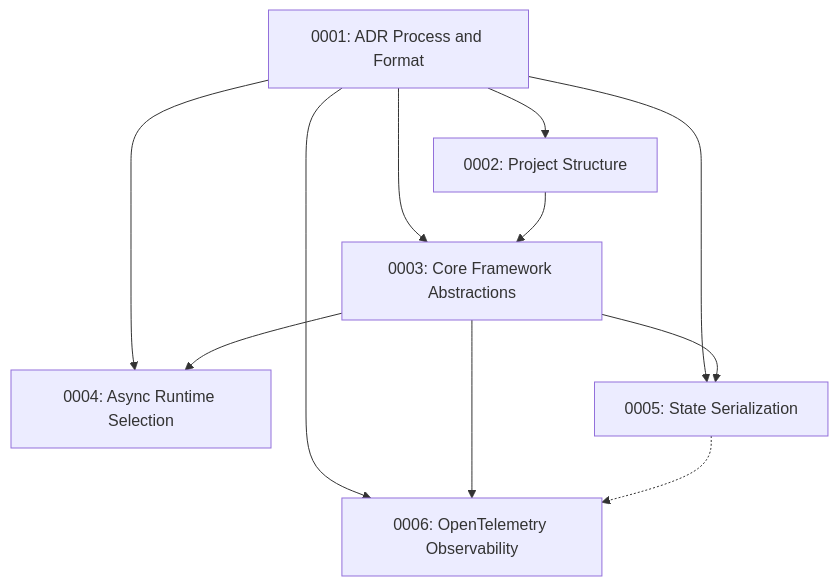
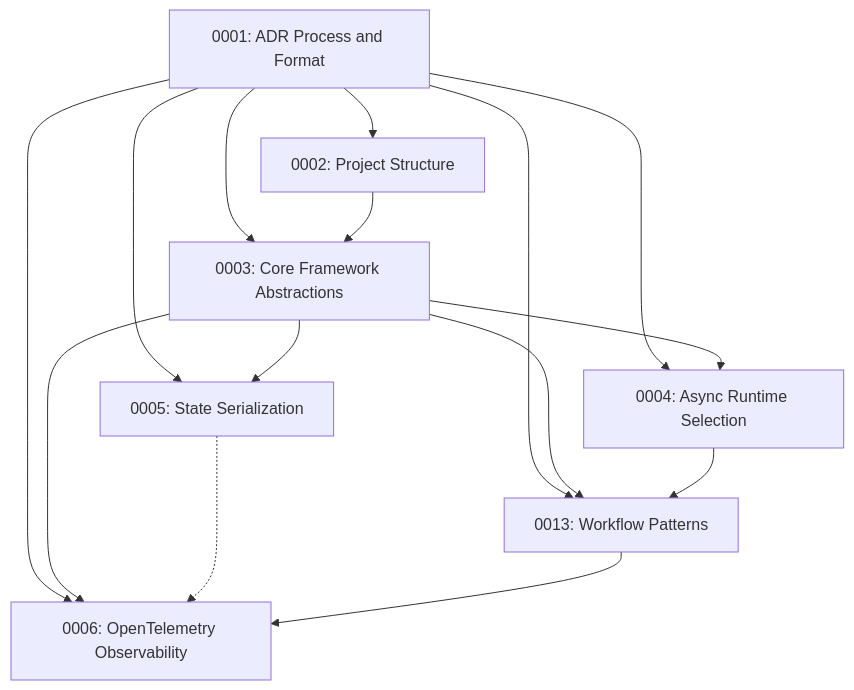
The diagram in docs/adrs/README.md (aitoroses/floxide), drawn with Mermaid before and after one commit. The commit also changed other lines of this file and 3 other files, not shown here.

First line of the commit message:
Add comprehensive workflow patterns ADR and documentation

````diff
--- a/docs/adrs/README.md
+++ b/docs/adrs/README.md
@@ -99,13 +136,17 @@
 ```mermaid
 graph TD
     A[0001: ADR Process and Format] --> B[0002: Project Structure]
     A --> C[0003: Core Framework Abstractions]
     A --> D[0004: Async Runtime Selection]
     A --> E[0005: State Serialization]
     A --> F[0006: OpenTelemetry Observability]
+    A --> G[0013: Workflow Patterns]
     B --> C
     C --> D
     C --> E
     C --> F
+    C --> G
+    D --> G
     E -.-> F
+    G --> F
 ```
````
